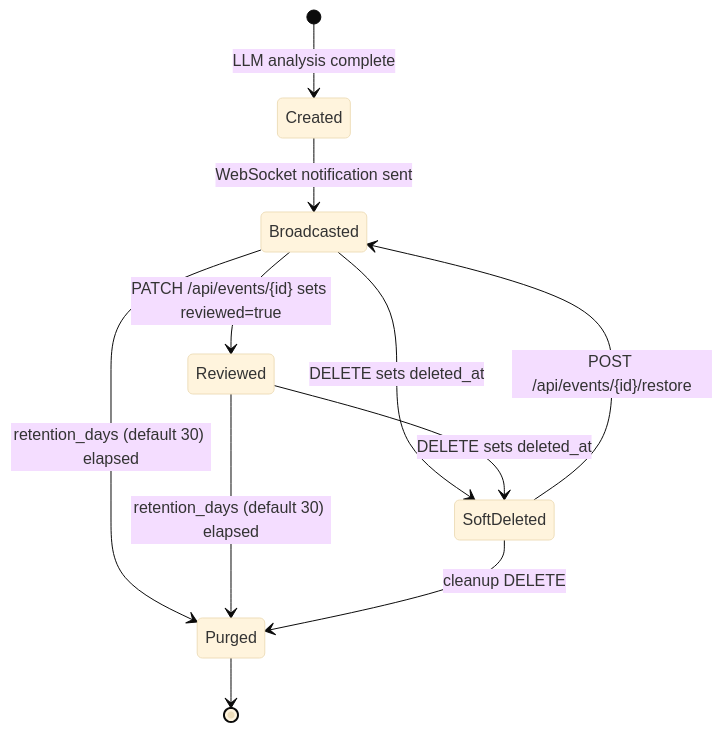
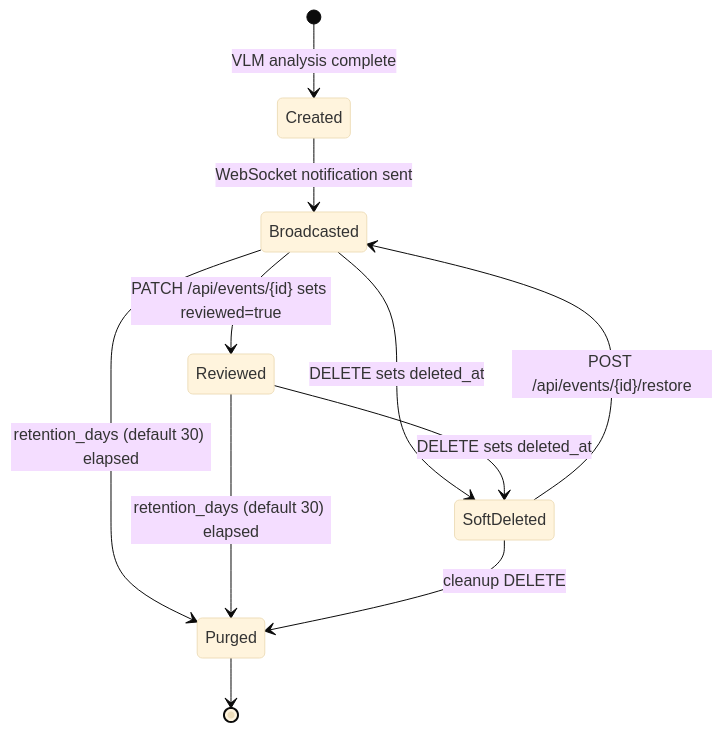
The first of 4 diagrams in docs/architecture/dataflows/event-lifecycle.md (mikesvoboda/nemotron-v3-home-security-intelligence), drawn with Mermaid (base theme) before and after one commit. The commit also changed other lines of this file and 231 other files, not shown here.

````diff
--- a/docs/architecture/dataflows/event-lifecycle.md
+++ b/docs/architecture/dataflows/event-lifecycle.md
@@ -14,13 +14,13 @@
 ```mermaid
 stateDiagram-v2
-    [*] --> Created: LLM analysis complete
+    [*] --> Created: VLM analysis complete
     Created --> Broadcasted: WebSocket notification sent
     Broadcasted --> Reviewed: PATCH /api/events/{id} sets reviewed=true
     Broadcasted --> SoftDeleted: DELETE sets deleted_at
     SoftDeleted --> Broadcasted: POST /api/events/{id}/restore
     Reviewed --> SoftDeleted: DELETE sets deleted_at
     Broadcasted --> Purged: retention_days (default 30) elapsed
     Reviewed --> Purged: retention_days (default 30) elapsed
     SoftDeleted --> Purged: cleanup DELETE
     Purged --> [*]
 ```
````
